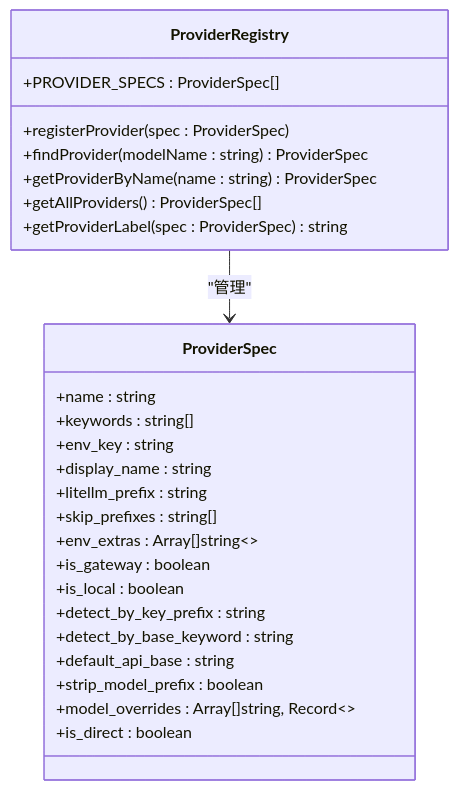
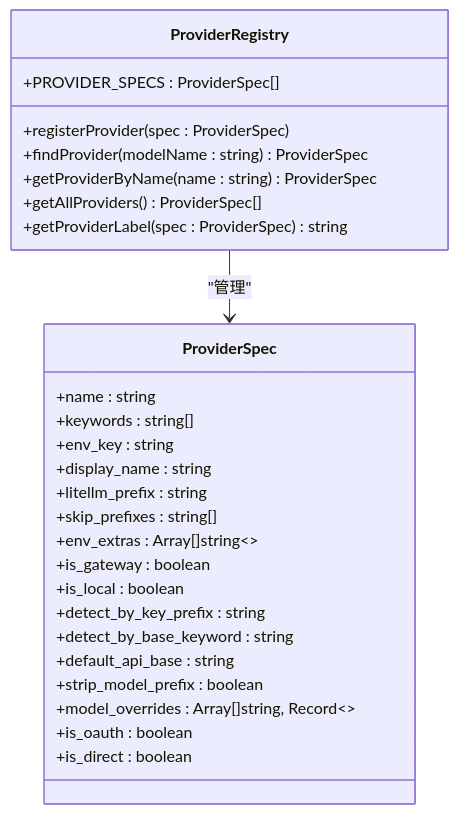
One commit to neciszhang/batbot changed the fifth of 12 diagrams in .qoder/repowiki/zh/content/配置系统/提供者注册系统.md. Above: the diagram before and after it, drawn with Mermaid. The commit also changed other lines of this file and 13 other files, not shown here.

````diff
--- a/.qoder/repowiki/zh/content/配置系统/提供者注册系统.md
+++ b/.qoder/repowiki/zh/content/配置系统/提供者注册系统.md
@@ -249,29 +255,30 @@
 ```mermaid
 classDiagram
 class ProviderSpec {
 +name : string
 +keywords : string[]
 +env_key : string
 +display_name : string
 +litellm_prefix : string
 +skip_prefixes : string[]
 +env_extras : Array[]string~~
 +is_gateway : boolean
 +is_local : boolean
 +detect_by_key_prefix : string
 +detect_by_base_keyword : string
 +default_api_base : string
 +strip_model_prefix : boolean
 +model_overrides : Array[]string, Record~~
++is_oauth : boolean
 +is_direct : boolean
 }
 class ProviderRegistry {
 +PROVIDER_SPECS : ProviderSpec[]
 +registerProvider(spec : ProviderSpec)
 +findProvider(modelName : string) ProviderSpec
 +getProviderByName(name : string) ProviderSpec
 +getAllProviders() ProviderSpec[]
 +getProviderLabel(spec : ProviderSpec) string
 }
 ProviderRegistry --> ProviderSpec : "管理"
 ```
````
